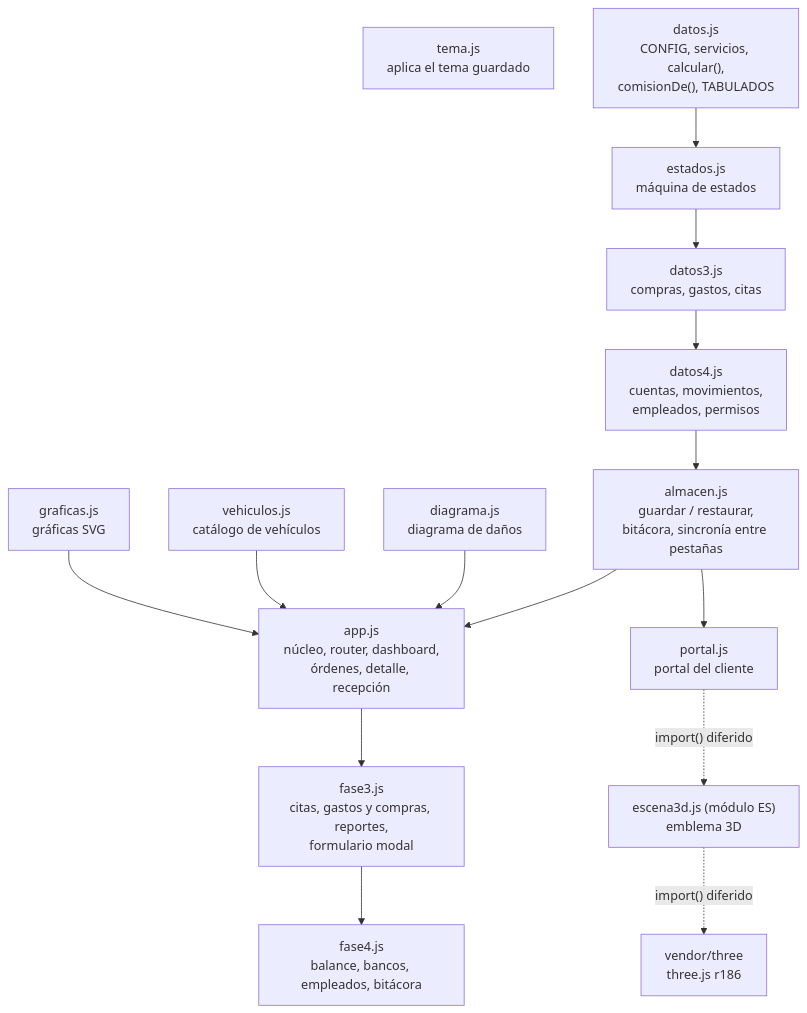
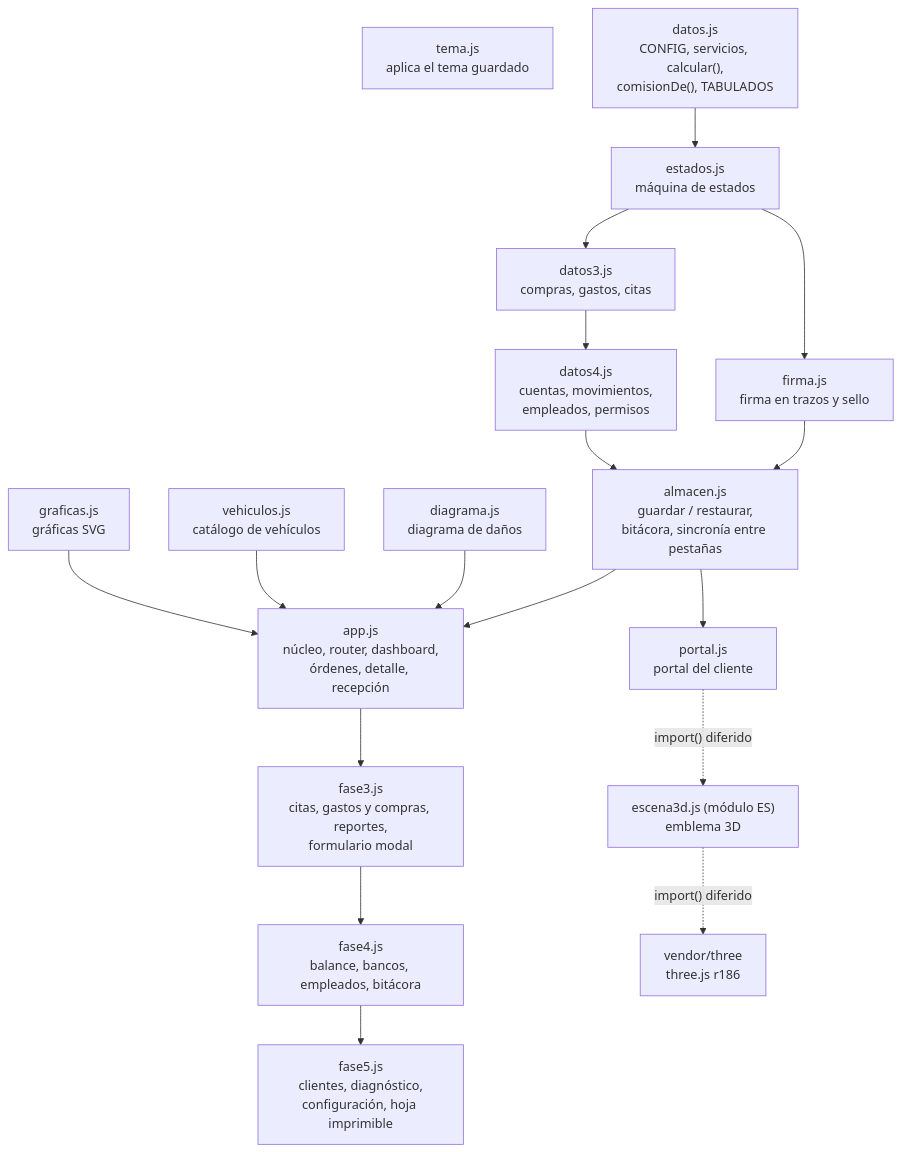
One commit to leonardoaguilar117/ERP-Fortaleza-Servicar changed the second of 8 diagrams in docs/documentacion-tecnica.md. Above: the diagram before and after it, drawn with Mermaid. The commit also changed other lines of this file and 3 other files, not shown here.

````diff
--- a/docs/documentacion-tecnica.md
+++ b/docs/documentacion-tecnica.md
@@ -42,26 +42,29 @@
 ```mermaid
 flowchart TD
   tema["tema.js<br/>aplica el tema guardado"]
   graficas["graficas.js<br/>gráficas SVG"]
   vehiculos["vehiculos.js<br/>catálogo de vehículos"]
   datos["datos.js<br/>CONFIG, servicios, calcular(),<br/>comisionDe(), TABULADOS"]
   estados["estados.js<br/>máquina de estados"]
+  firma["firma.js<br/>firma en trazos y sello"]
   diagrama["diagrama.js<br/>diagrama de daños"]
   datos3["datos3.js<br/>compras, gastos, citas"]
   datos4["datos4.js<br/>cuentas, movimientos,<br/>empleados, permisos"]
   almacen["almacen.js<br/>guardar / restaurar,<br/>bitácora, sincronía entre pestañas"]
   app["app.js<br/>núcleo, router, dashboard,<br/>órdenes, detalle, recepción"]
   fase3["fase3.js<br/>citas, gastos y compras, reportes,<br/>formulario modal"]
   fase4["fase4.js<br/>balance, bancos, empleados, bitácora"]
+  fase5["fase5.js<br/>clientes, diagnóstico,<br/>configuración, hoja imprimible"]
   portal["portal.js<br/>portal del cliente"]
   escena["escena3d.js (módulo ES)<br/>emblema 3D"]
   three["vendor/three<br/>three.js r186"]
 
   datos --> estados --> datos3 --> datos4 --> almacen
-  almacen --> app --> fase3 --> fase4
+  almacen --> app --> fase3 --> fase4 --> fase5
+  estados --> firma --> almacen
   graficas --> app
   vehiculos --> app
   diagrama --> app
   almacen --> portal
   portal -. "import() diferido" .-> escena -. "import() diferido" .-> three
 ```
````
